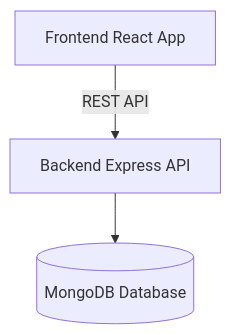
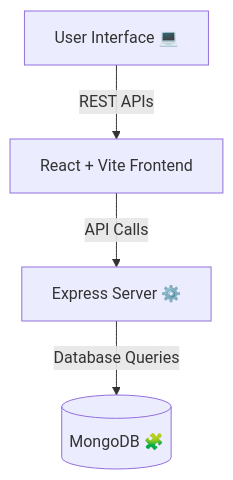
The diagram in README.md (Ophidev/FitFlow), drawn with Mermaid before and after one commit. The commit also changed other lines of this file and 3 other files, not shown here.

````diff
--- a/README.md
+++ b/README.md
@@ -43,9 +63,6 @@
 ```mermaid
-flowchart TD
-    FE[Frontend React App]
-    BE[Backend Express API]
-    DB[(MongoDB Database)]
-
-    FE -->|REST API| BE
-    BE --> DB
+graph TD
+A[User Interface 💻] -->|REST APIs| B[React + Vite Frontend]
+B -->|API Calls| C[Express Server ⚙️]
+C -->|Database Queries| D[(MongoDB 🧩)]
 ```
````
